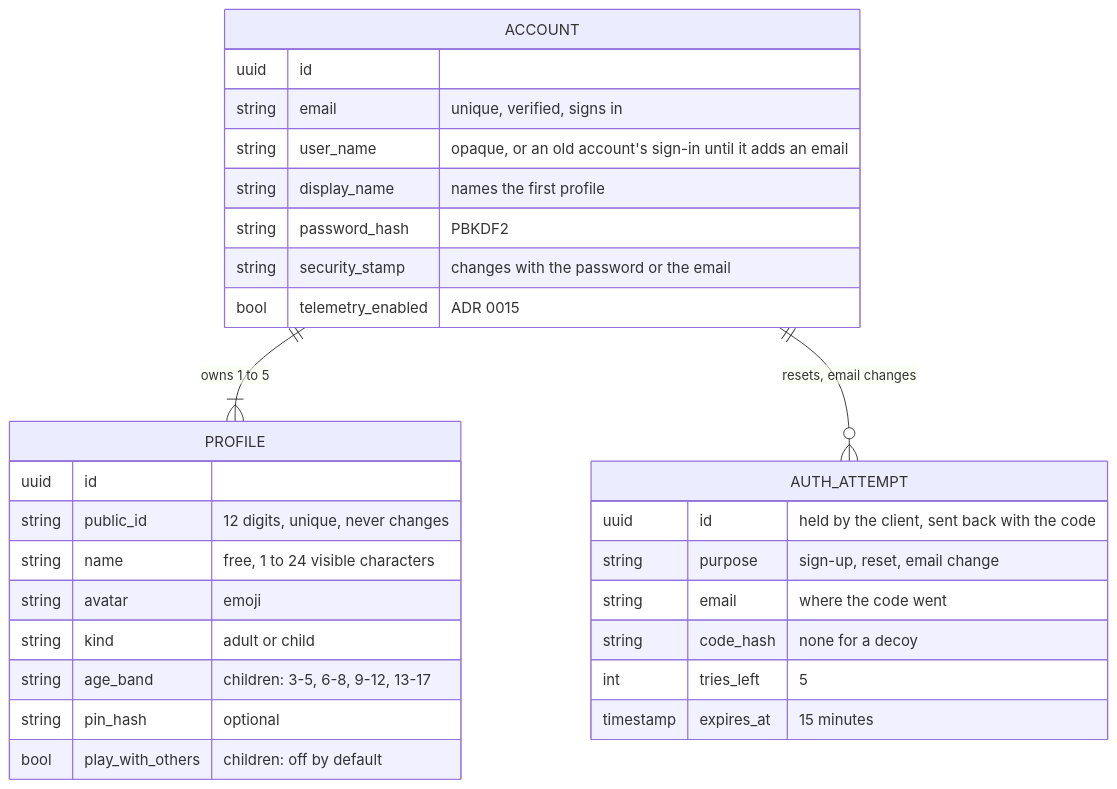
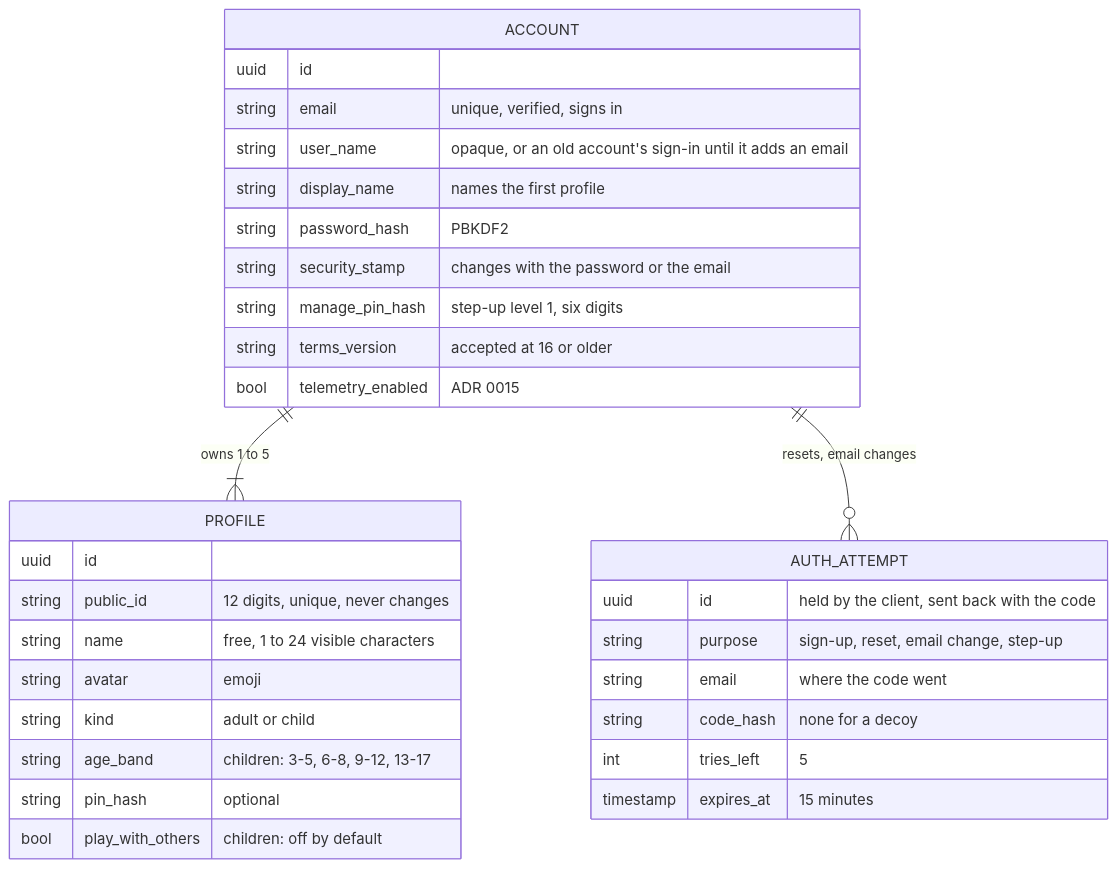
The first of 7 diagrams in docs/architecture/identity.md (vinh466/tohe-play), drawn with Mermaid before and after one commit. The commit also changed other lines of this file and 5 other files, not shown here.

Commit message:
docs: step up in two levels, and consent at sign-up (ADR 0025)

````diff
--- a/docs/architecture/identity.md
+++ b/docs/architecture/identity.md
@@ -15,32 +16,34 @@
 ```mermaid
 erDiagram
   ACCOUNT ||--|{ PROFILE : "owns 1 to 5"
   ACCOUNT ||--o{ AUTH_ATTEMPT : "resets, email changes"
   ACCOUNT {
     uuid id
     string email "unique, verified, signs in"
     string user_name "opaque, or an old account's sign-in until it adds an email"
     string display_name "names the first profile"
     string password_hash "PBKDF2"
     string security_stamp "changes with the password or the email"
+    string manage_pin_hash "step-up level 1, six digits"
+    string terms_version "accepted at 16 or older"
     bool telemetry_enabled "ADR 0015"
   }
   PROFILE {
     uuid id
     string public_id "12 digits, unique, never changes"
     string name "free, 1 to 24 visible characters"
     string avatar "emoji"
     string kind "adult or child"
     string age_band "children: 3-5, 6-8, 9-12, 13-17"
     string pin_hash "optional"
     bool play_with_others "children: off by default"
   }
   AUTH_ATTEMPT {
     uuid id "held by the client, sent back with the code"
-    string purpose "sign-up, reset, email change"
+    string purpose "sign-up, reset, email change, step-up"
     string email "where the code went"
     string code_hash "none for a decoy"
     int tries_left "5"
     timestamp expires_at "15 minutes"
   }
 ```
````
